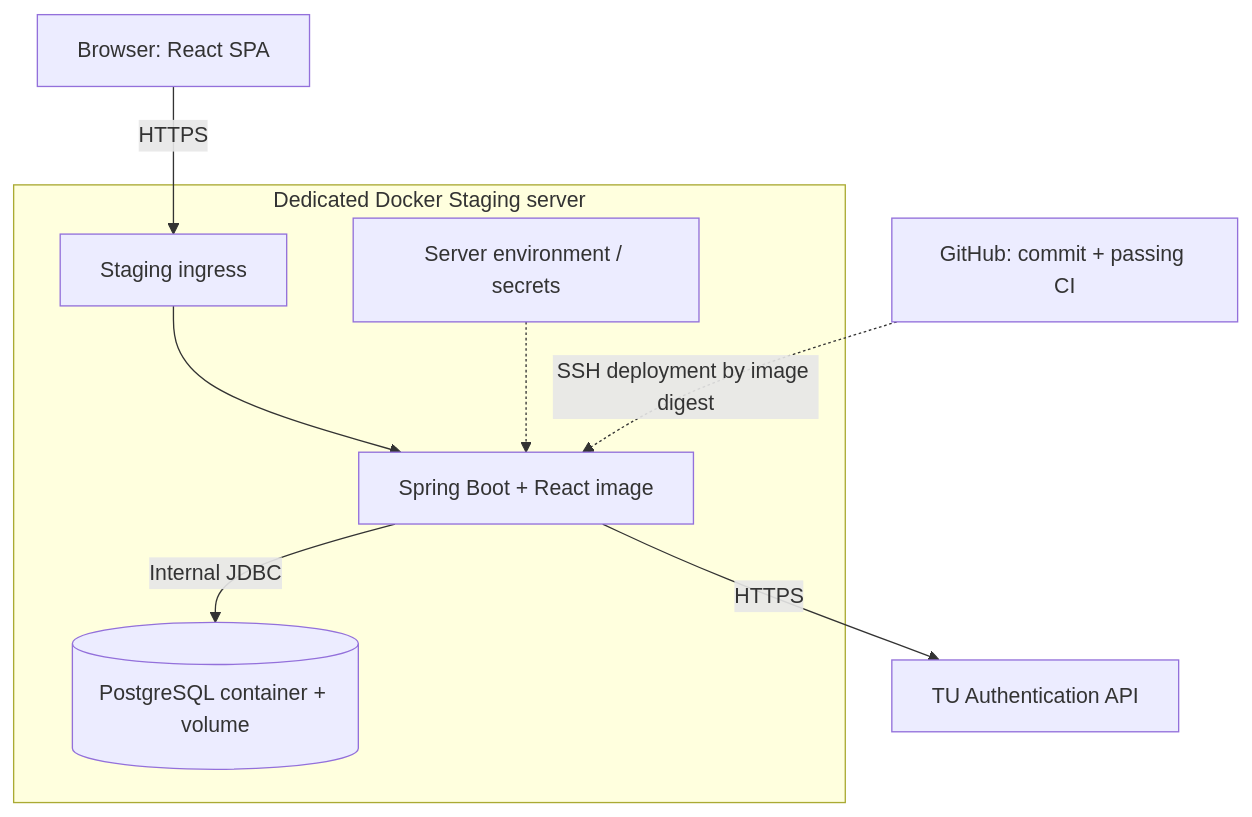
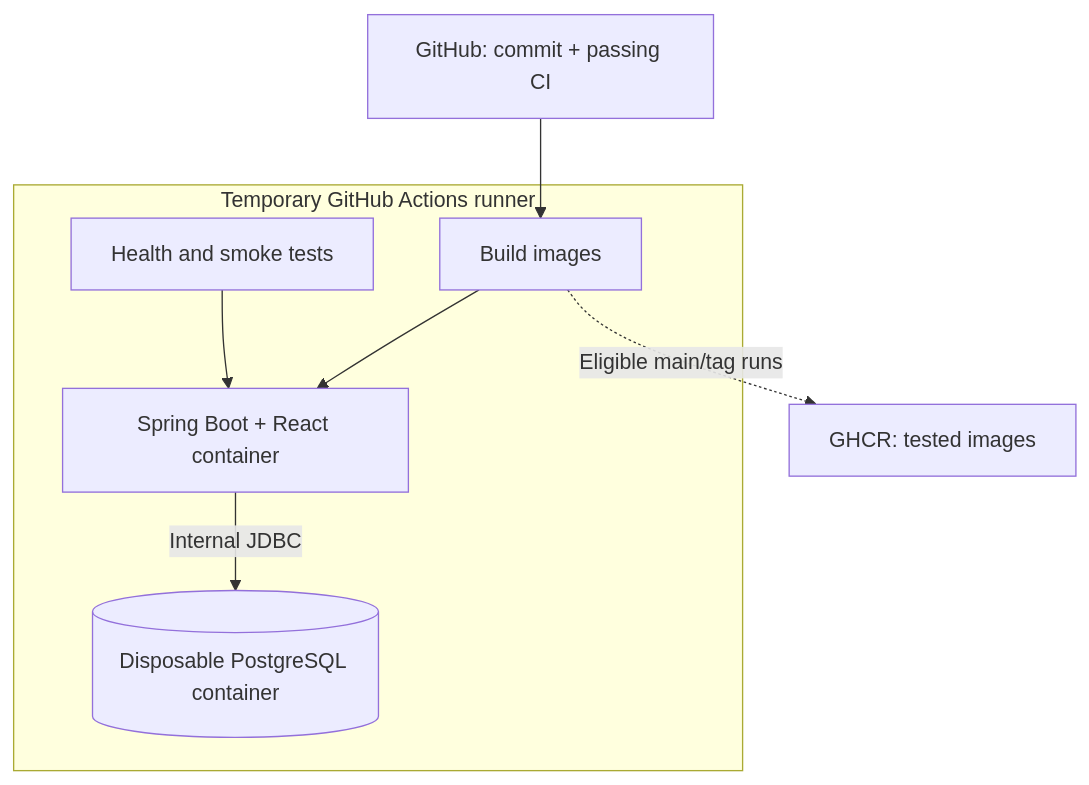
Before and after one commit to chanitnan0jr/TU_ClubHub_CS261: the seventh of 7 diagrams in docs/architecture/system-architecture.md, drawn with Mermaid. The commit also changed other lines of this file and 19 other files, not shown here.

Commit message:
refactor(ci): verify containers without staging server

````diff
--- a/docs/architecture/system-architecture.md
+++ b/docs/architecture/system-architecture.md
@@ -363,11 +363,10 @@
 ```mermaid
 flowchart TB
-  browser["Browser: React SPA"] -->|"HTTPS"| ingress["Staging ingress"]
-  subgraph staging["Dedicated Docker Staging server"]
-    ingress --> app["Spring Boot + React image"]
-    app -->|"Internal JDBC"| db[("PostgreSQL container + volume")]
-    config["Server environment / secrets"] -.-> app
+  git["GitHub: commit + passing CI"] --> build["Build images"]
+  subgraph runner["Temporary GitHub Actions runner"]
+    build --> app["Spring Boot + React container"]
+    app -->|"Internal JDBC"| db[("Disposable PostgreSQL container")]
+    smoke["Health and smoke tests"] --> app
   end
-  app -->|"HTTPS"| tu["TU Authentication API"]
-  git["GitHub: commit + passing CI"] -.->|"SSH deployment by image digest"| app
+  build -.->|"Eligible main/tag runs"| registry["GHCR: tested images"]
 ```
````
